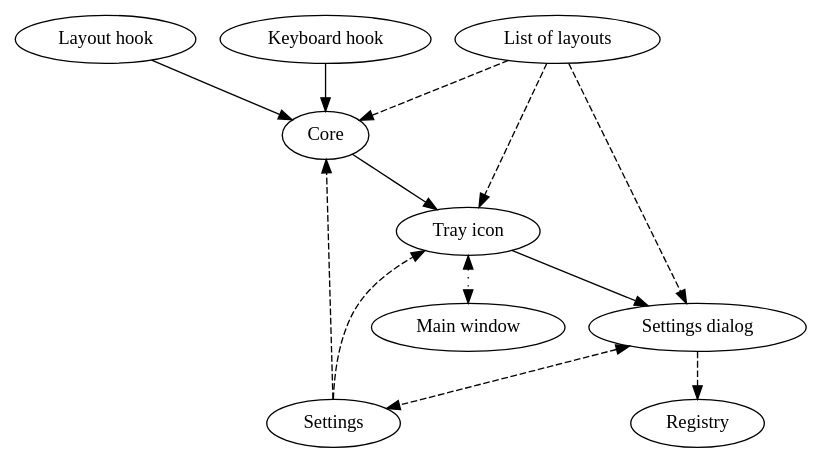
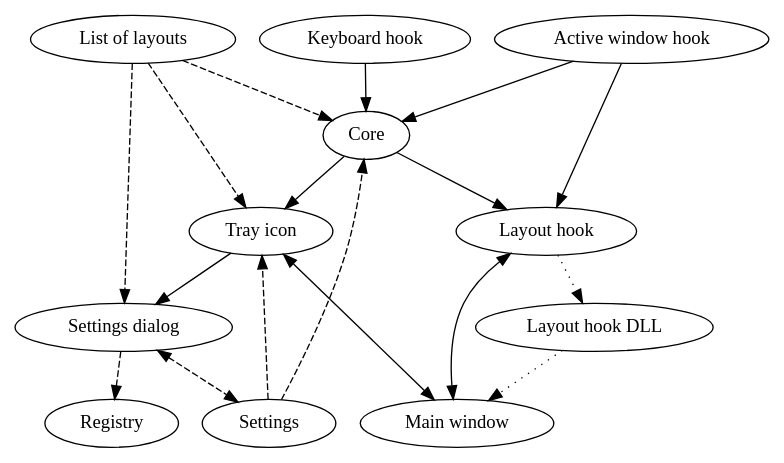
One commit to Rudokhvist/keyla changed the diagram in diagrams/interaction.dot. Above: the diagram before and after it, drawn with Graphviz. The commit also changed 27 other files, not shown here.

```diff
--- a/diagrams/interaction.dot
+++ b/diagrams/interaction.dot
@@ -1,26 +1,34 @@
 digraph initialization{	
 	overlap=scale
 
 	Core
 	Kh[label="Keyboard hook"]
-	Lh[label="Layout hook"]
+	Ah[label="Active window hook"]
 	Lol[label="List of layouts"]
 	Mw[label="Main window"]
 	Registry
 	Sd[label="Settings dialog"]
 	Settings	
 	Ti[label="Tray icon"]
+	Lh[label="Layout hook"]
+	Lhd[label="Layout hook DLL"]
 	
 	Core -> Ti
 	Kh -> Core
-	Lh -> Core
+	Ah -> Core
 	Lol -> Core[style="dashed"]
 	Lol -> Sd[style="dashed"]
 	Lol -> Ti[style="dashed"]
 	Sd -> Registry[style="dashed"]
 	Sd -> Settings[style="dashed", dir="both"]
 	Settings -> Core[style="dashed"]
 	Settings -> Ti[style="dashed"]
-	Ti -> Mw[style="dotted", dir="both"]
+	Ti -> Mw[dir="both"]
 	Ti -> Sd
+	
+	Core -> Lh
+	Ah -> Lh
+	Lh -> Mw[dir="both"]
+	Lh -> Lhd[style="dotted"]
+	Lhd -> Mw[style="dotted"]	
 }
```
